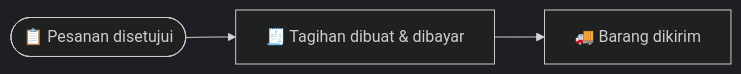
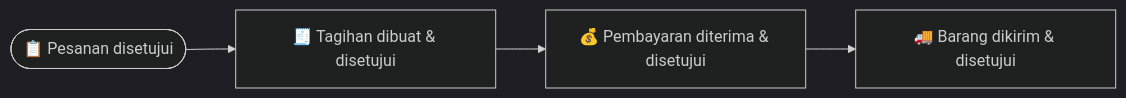
The second of 2 diagrams in docs/manual-book/penjualan.md (RimbunCode/erp_pataya), drawn with Mermaid (dark theme) before and after one commit. The commit also changed other lines of this file and 45 other files, not shown here.

````diff
--- a/docs/manual-book/penjualan.md
+++ b/docs/manual-book/penjualan.md
@@ -118,4 +159,4 @@
 ```mermaid
 flowchart LR
-    SO(["📋 Pesanan disetujui"]) --> SI["🧾 Tagihan dibuat & dibayar"] --> DN["🚚 Barang dikirim"]
+    SO(["📋 Pesanan disetujui"]) --> SI["🧾 Tagihan dibuat & disetujui"] --> PE["💰 Pembayaran diterima & disetujui"] --> DN["🚚 Barang dikirim & disetujui"]
 ```
````
